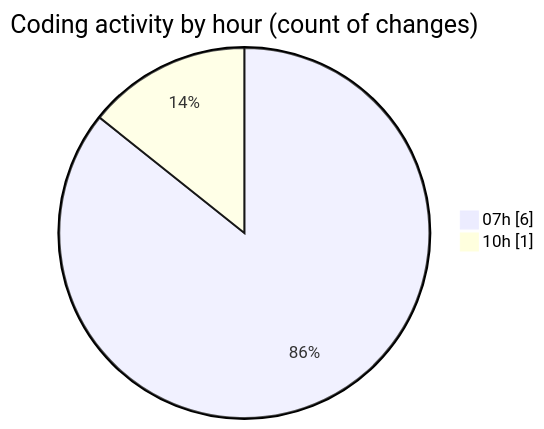
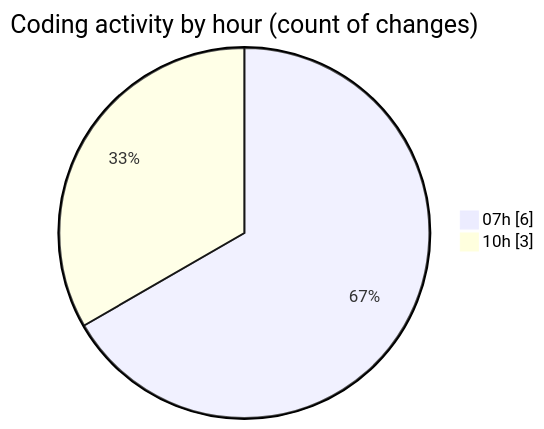
The second of 2 diagrams in 2025-08-14/rentotp/README.md (lephambinh05/code-tracking), drawn with Mermaid before and after one commit. The commit also changed other lines of this file and 1 other file, not shown here.

````diff
--- a/2025-08-14/rentotp/README.md
+++ b/2025-08-14/rentotp/README.md
@@ -28,6 +29,6 @@
 ```mermaid
 pie showData
 title Coding activity by hour (count of changes)
 "07h" : 6
-"10h" : 1
+"10h" : 3
 ```
````
